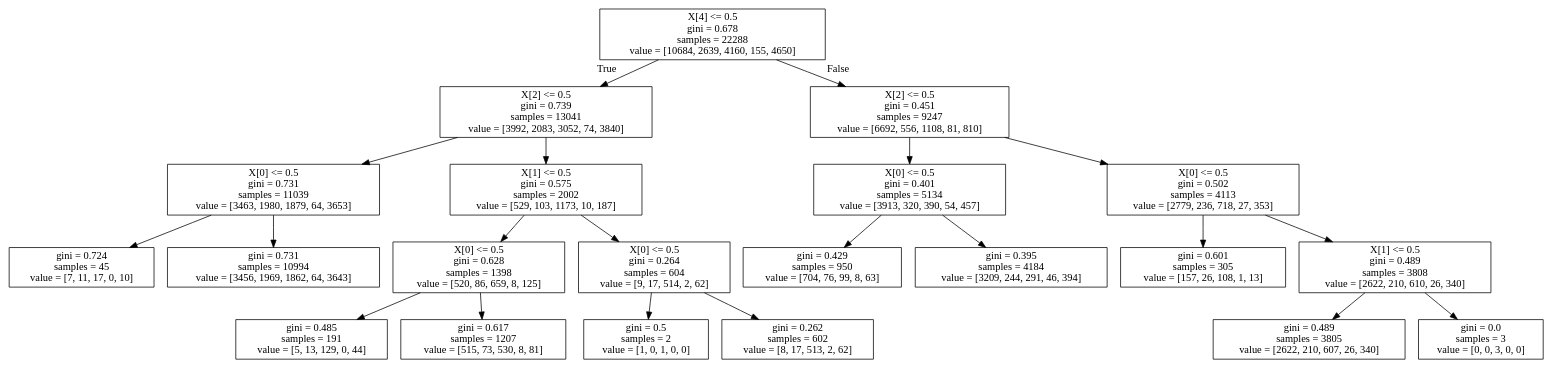
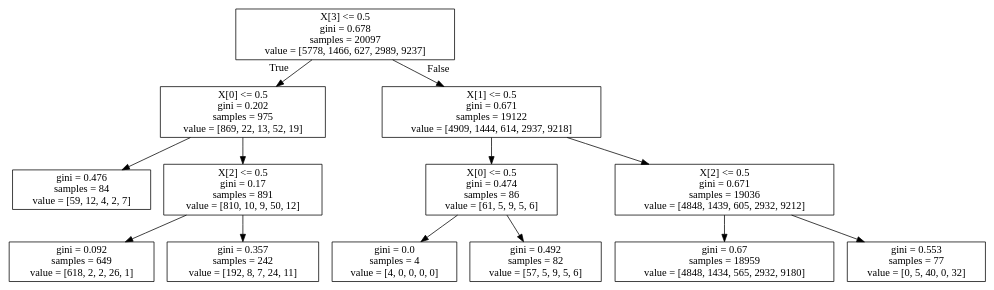
Before and after one commit to jesbu1/viper: the diagram in data/karel/ppo/0000r1+env_task=topOff+max_depth=15+n_batch_rollou=10+max_samples=100000+max_iters=80+train_frac=0.8+is_reweight=False0.250.25/dt_policy.dot, drawn with Graphviz. The commit also changed 60 other files, not shown here.

```diff
--- a/data/karel/ppo/0000r1+env_task=topOff+max_depth=15+n_batch_rollou=10+max_samples=100000+max_iters=80+train_frac=0.8+is_reweight=False0.250.25/dt_policy.dot
+++ b/data/karel/ppo/0000r1+env_task=topOff+max_depth=15+n_batch_rollou=10+max_samples=100000+max_iters=80+train_frac=0.8+is_reweight=False0.250.25/dt_policy.dot
@@ -1,44 +1,28 @@
 digraph Tree {
 node [shape=box] ;
-0 [label="X[4] <= 0.5\ngini = 0.678\nsamples = 22288\nvalue = [10684, 2639, 4160, 155, 4650]"] ;
-1 [label="X[2] <= 0.5\ngini = 0.739\nsamples = 13041\nvalue = [3992, 2083, 3052, 74, 3840]"] ;
+0 [label="X[3] <= 0.5\ngini = 0.678\nsamples = 20097\nvalue = [5778, 1466, 627, 2989, 9237]"] ;
+1 [label="X[0] <= 0.5\ngini = 0.202\nsamples = 975\nvalue = [869, 22, 13, 52, 19]"] ;
 0 -> 1 [labeldistance=2.5, labelangle=45, headlabel="True"] ;
-2 [label="X[0] <= 0.5\ngini = 0.731\nsamples = 11039\nvalue = [3463, 1980, 1879, 64, 3653]"] ;
+2 [label="gini = 0.476\nsamples = 84\nvalue = [59, 12, 4, 2, 7]"] ;
 1 -> 2 ;
-3 [label="gini = 0.724\nsamples = 45\nvalue = [7, 11, 17, 0, 10]"] ;
-2 -> 3 ;
-4 [label="gini = 0.731\nsamples = 10994\nvalue = [3456, 1969, 1862, 64, 3643]"] ;
-2 -> 4 ;
-5 [label="X[1] <= 0.5\ngini = 0.575\nsamples = 2002\nvalue = [529, 103, 1173, 10, 187]"] ;
-1 -> 5 ;
-6 [label="X[0] <= 0.5\ngini = 0.628\nsamples = 1398\nvalue = [520, 86, 659, 8, 125]"] ;
-5 -> 6 ;
-7 [label="gini = 0.485\nsamples = 191\nvalue = [5, 13, 129, 0, 44]"] ;
+3 [label="X[2] <= 0.5\ngini = 0.17\nsamples = 891\nvalue = [810, 10, 9, 50, 12]"] ;
+1 -> 3 ;
+4 [label="gini = 0.092\nsamples = 649\nvalue = [618, 2, 2, 26, 1]"] ;
+3 -> 4 ;
+5 [label="gini = 0.357\nsamples = 242\nvalue = [192, 8, 7, 24, 11]"] ;
+3 -> 5 ;
+6 [label="X[1] <= 0.5\ngini = 0.671\nsamples = 19122\nvalue = [4909, 1444, 614, 2937, 9218]"] ;
+0 -> 6 [labeldistance=2.5, labelangle=-45, headlabel="False"] ;
+7 [label="X[0] <= 0.5\ngini = 0.474\nsamples = 86\nvalue = [61, 5, 9, 5, 6]"] ;
 6 -> 7 ;
-8 [label="gini = 0.617\nsamples = 1207\nvalue = [515, 73, 530, 8, 81]"] ;
-6 -> 8 ;
-9 [label="X[0] <= 0.5\ngini = 0.264\nsamples = 604\nvalue = [9, 17, 514, 2, 62]"] ;
-5 -> 9 ;
-10 [label="gini = 0.5\nsamples = 2\nvalue = [1, 0, 1, 0, 0]"] ;
-9 -> 10 ;
-11 [label="gini = 0.262\nsamples = 602\nvalue = [8, 17, 513, 2, 62]"] ;
-9 -> 11 ;
-12 [label="X[2] <= 0.5\ngini = 0.451\nsamples = 9247\nvalue = [6692, 556, 1108, 81, 810]"] ;
-0 -> 12 [labeldistance=2.5, labelangle=-45, headlabel="False"] ;
-13 [label="X[0] <= 0.5\ngini = 0.401\nsamples = 5134\nvalue = [3913, 320, 390, 54, 457]"] ;
-12 -> 13 ;
-14 [label="gini = 0.429\nsamples = 950\nvalue = [704, 76, 99, 8, 63]"] ;
-13 -> 14 ;
-15 [label="gini = 0.395\nsamples = 4184\nvalue = [3209, 244, 291, 46, 394]"] ;
-13 -> 15 ;
-16 [label="X[0] <= 0.5\ngini = 0.502\nsamples = 4113\nvalue = [2779, 236, 718, 27, 353]"] ;
-12 -> 16 ;
-17 [label="gini = 0.601\nsamples = 305\nvalue = [157, 26, 108, 1, 13]"] ;
-16 -> 17 ;
-18 [label="X[1] <= 0.5\ngini = 0.489\nsamples = 3808\nvalue = [2622, 210, 610, 26, 340]"] ;
-16 -> 18 ;
-19 [label="gini = 0.489\nsamples = 3805\nvalue = [2622, 210, 607, 26, 340]"] ;
-18 -> 19 ;
-20 [label="gini = 0.0\nsamples = 3\nvalue = [0, 0, 3, 0, 0]"] ;
-18 -> 20 ;
+8 [label="gini = 0.0\nsamples = 4\nvalue = [4, 0, 0, 0, 0]"] ;
+7 -> 8 ;
+9 [label="gini = 0.492\nsamples = 82\nvalue = [57, 5, 9, 5, 6]"] ;
+7 -> 9 ;
+10 [label="X[2] <= 0.5\ngini = 0.671\nsamples = 19036\nvalue = [4848, 1439, 605, 2932, 9212]"] ;
+6 -> 10 ;
+11 [label="gini = 0.67\nsamples = 18959\nvalue = [4848, 1434, 565, 2932, 9180]"] ;
+10 -> 11 ;
+12 [label="gini = 0.553\nsamples = 77\nvalue = [0, 5, 40, 0, 32]"] ;
+10 -> 12 ;
 }
```
